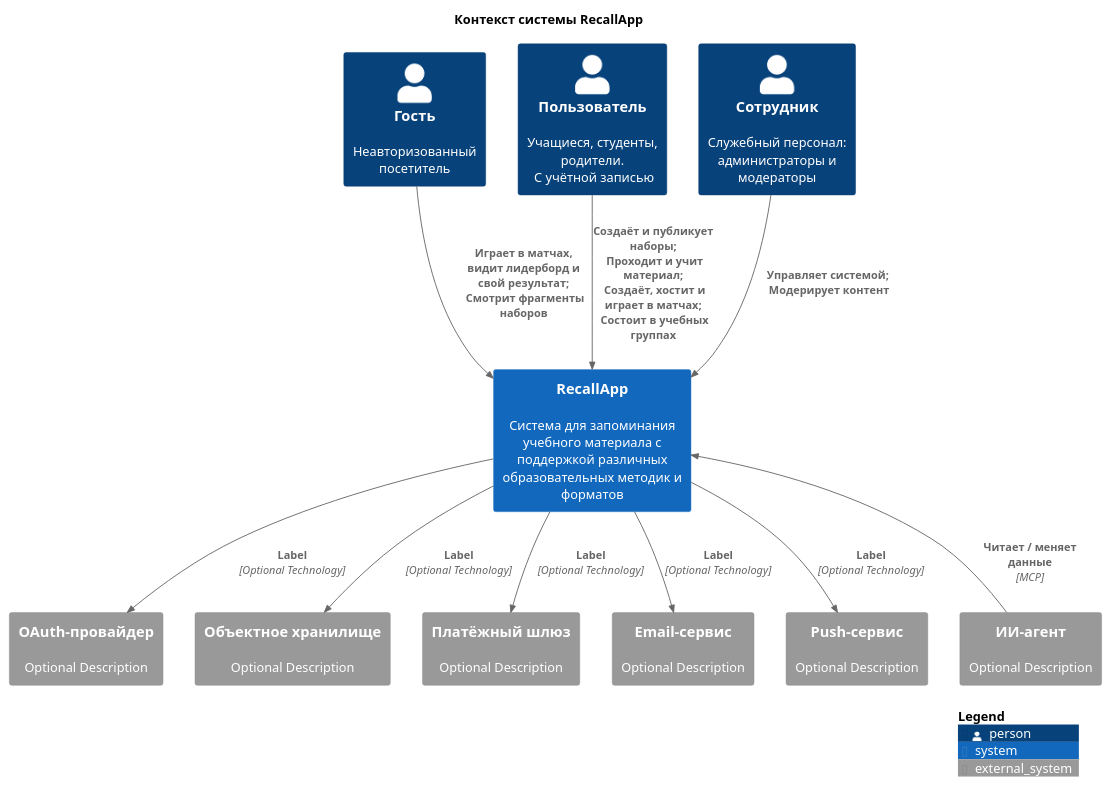
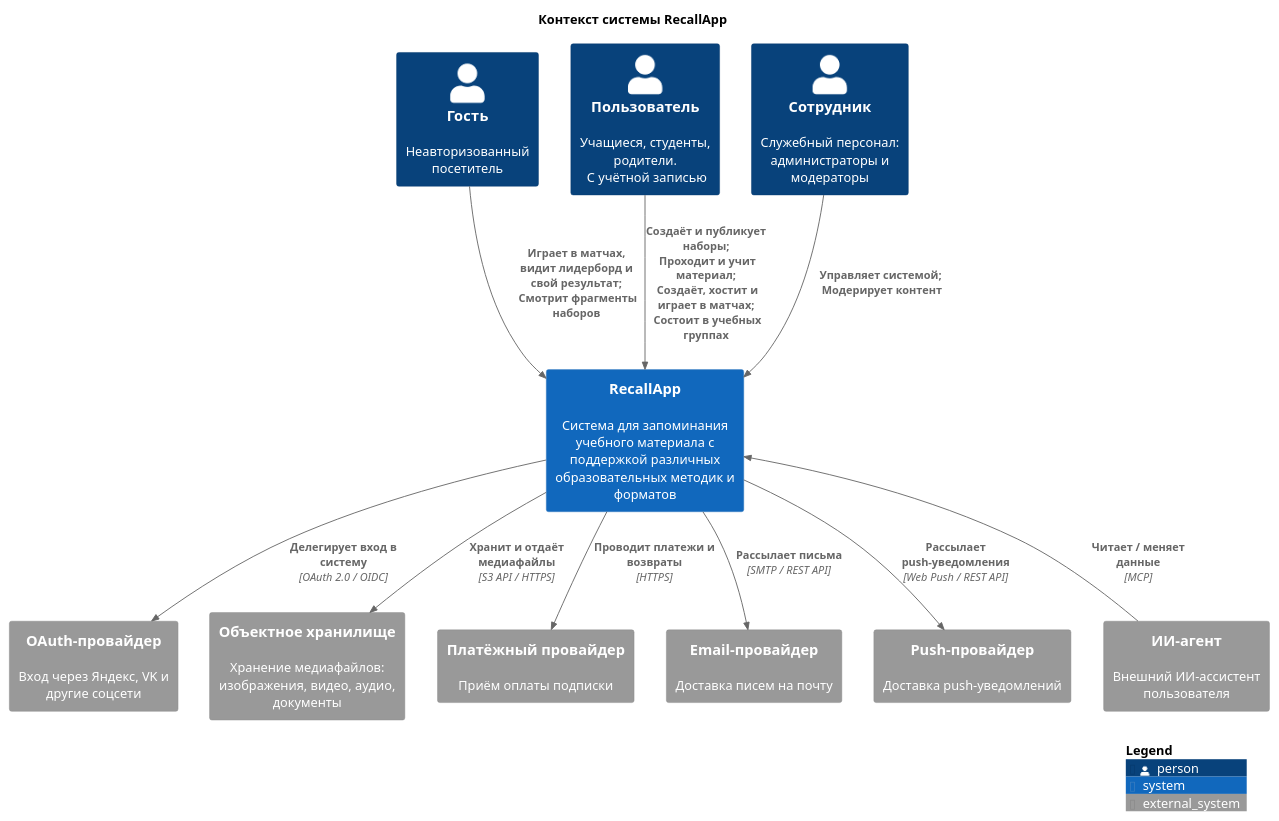
Before and after one commit to itacademy-edms-team/24_3_DNDE: the diagram in RecallApp/docs/diagrams/c4 - context.puml, drawn with PlantUML.

Commit message:
docs: fill external systems

```diff
--- a/RecallApp/docs/diagrams/c4 - context.puml
+++ b/RecallApp/docs/diagrams/c4 - context.puml
@@ -1,33 +1,33 @@
 @startuml C4 - Context - RecallApp
 title Контекст системы RecallApp
 top to bottom direction
 
 !include <C4/C4_Context>
 
 Person(personGuest, "Гость", "Неавторизованный посетитель")
 Person(personUser, "Пользователь", "Учащиеся, студенты, родители. \n С учётной записью")
 Person(personStaff, "Сотрудник", "Служебный персонал: администраторы и модераторы")
 
 System(systemRecallApp, "RecallApp", "Система для запоминания учебного материала с поддержкой различных образовательных методик и форматов")
 
-System_Ext(extSystemAuth, "OAuth-провайдер", "Optional Description")
-System_Ext(extSystemObjectStorage, "Объектное хранилище", "Optional Description")
-System_Ext(extSystemPaymentGateway, "Платёжный шлюз", "Optional Description")
-System_Ext(extSystemEmail, "Email-сервис", "Optional Description")
-System_Ext(extSystemPush, "Push-сервис", "Optional Description")
-System_Ext(extSystemAiAgent, "ИИ-агент", "Optional Description")
+System_Ext(extSystemAuth, "OAuth-провайдер", "Вход через Яндекс, VK и другие соцсети")
+System_Ext(extSystemObjectStorage, "Объектное хранилище", "Хранение медиафайлов: изображения, видео, аудио, документы")
+System_Ext(extSystemPaymentGateway, "Платёжный провайдер", "Приём оплаты подписки")
+System_Ext(extSystemEmail, "Email-провайдер", "Доставка писем на почту")
+System_Ext(extSystemPush, "Push-провайдер", "Доставка push-уведомлений")
+System_Ext(extSystemAiAgent, "ИИ-агент", "Внешний ИИ-ассистент пользователя")
 
 Rel(personGuest, systemRecallApp, "Играет в матчах, видит лидерборд и свой результат; \n Смотрит фрагменты наборов")
 Rel(personUser, systemRecallApp, "Создаёт и публикует наборы; \n Проходит и учит материал; \n Создаёт, хостит и играет в матчах; \n Состоит в учебных группах")
 Rel(personStaff, systemRecallApp, "Управляет системой; \n Модерирует контент")
 
-Rel(systemRecallApp, extSystemAuth, "Label", "Optional Technology")
-Rel(systemRecallApp, extSystemObjectStorage, "Label", "Optional Technology")
-Rel(systemRecallApp, extSystemPaymentGateway, "Label", "Optional Technology")
-Rel(systemRecallApp, extSystemEmail, "Label", "Optional Technology")
-Rel(systemRecallApp, extSystemPush, "Label", "Optional Technology")
+Rel(systemRecallApp, extSystemAuth, "Делегирует вход в систему", "OAuth 2.0 / OIDC")
+Rel(systemRecallApp, extSystemObjectStorage, "Хранит и отдаёт медиафайлы", "S3 API / HTTPS")
+Rel(systemRecallApp, extSystemPaymentGateway, "Проводит платежи и возвраты", "HTTPS")
+Rel(systemRecallApp, extSystemEmail, "Рассылает письма", "SMTP / REST API")
+Rel(systemRecallApp, extSystemPush, "Рассылает push-уведомления", "Web Push / REST API")
 Rel_U(extSystemAiAgent, systemRecallApp, "Читает / меняет данные", "MCP")
 
 SHOW_LEGEND()
 
 @enduml
```
